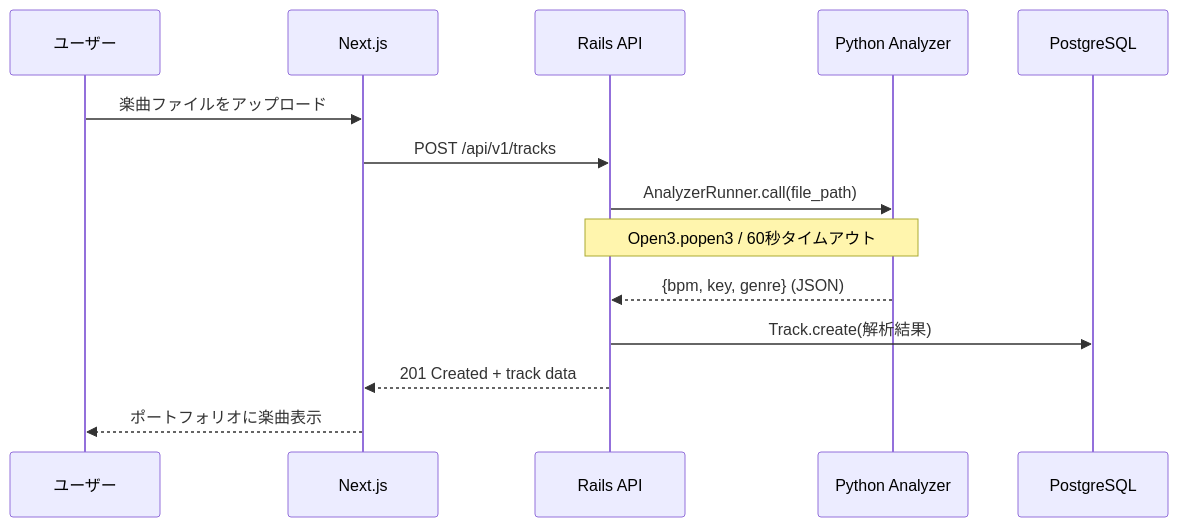
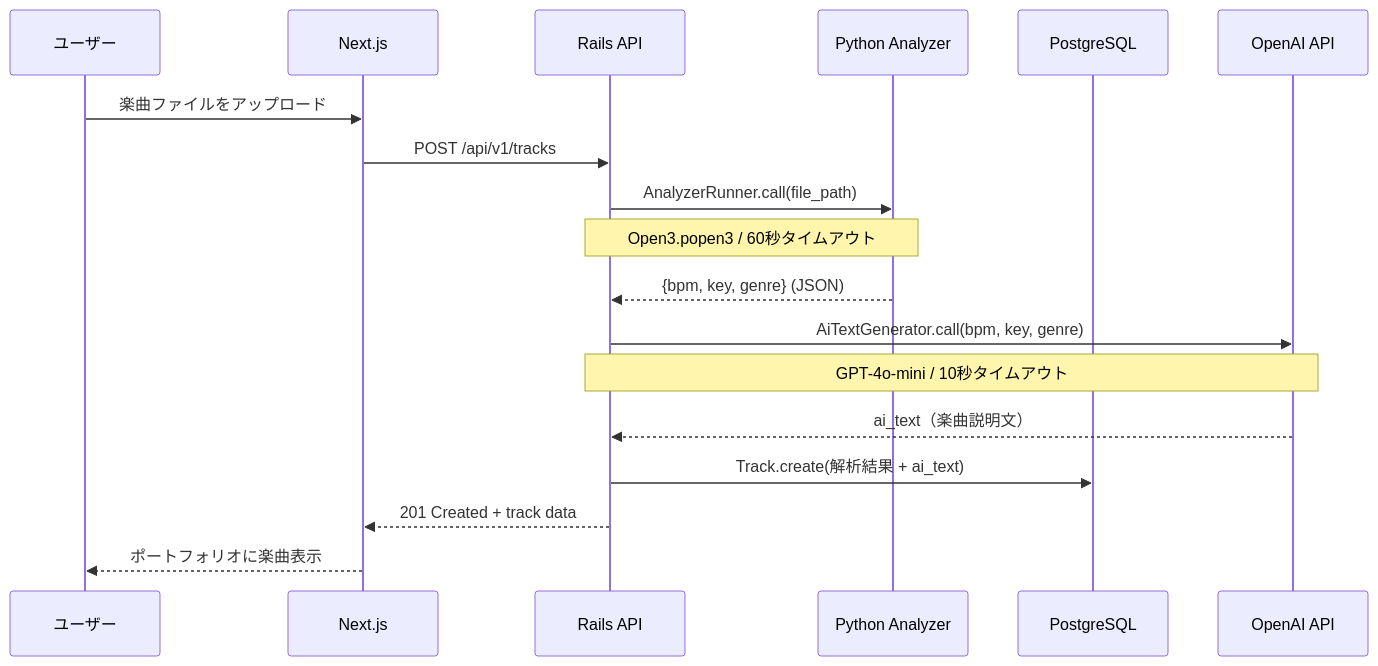
One commit to syo030078/music-portfolio-ai changed the third of 3 diagrams in README.md. Above: the diagram before and after it, drawn with Mermaid. The commit also changed other lines of this file, not shown here.

````diff
--- a/README.md
+++ b/README.md
@@ -102,17 +106,21 @@
 ```mermaid
 sequenceDiagram
     participant U as ユーザー
     participant F as Next.js
     participant B as Rails API
     participant A as Python Analyzer
     participant DB as PostgreSQL
+    participant OpenAI as OpenAI API
 
     U->>F: 楽曲ファイルをアップロード
     F->>B: POST /api/v1/tracks
     B->>A: AnalyzerRunner.call(file_path)
     Note over B,A: Open3.popen3 / 60秒タイムアウト
     A-->>B: {bpm, key, genre} (JSON)
-    B->>DB: Track.create(解析結果)
+    B->>OpenAI: AiTextGenerator.call(bpm, key, genre)
+    Note over B,OpenAI: GPT-4o-mini / 10秒タイムアウト
+    OpenAI-->>B: ai_text（楽曲説明文）
+    B->>DB: Track.create(解析結果 + ai_text)
     B-->>F: 201 Created + track data
     F-->>U: ポートフォリオに楽曲表示
 ```
````
